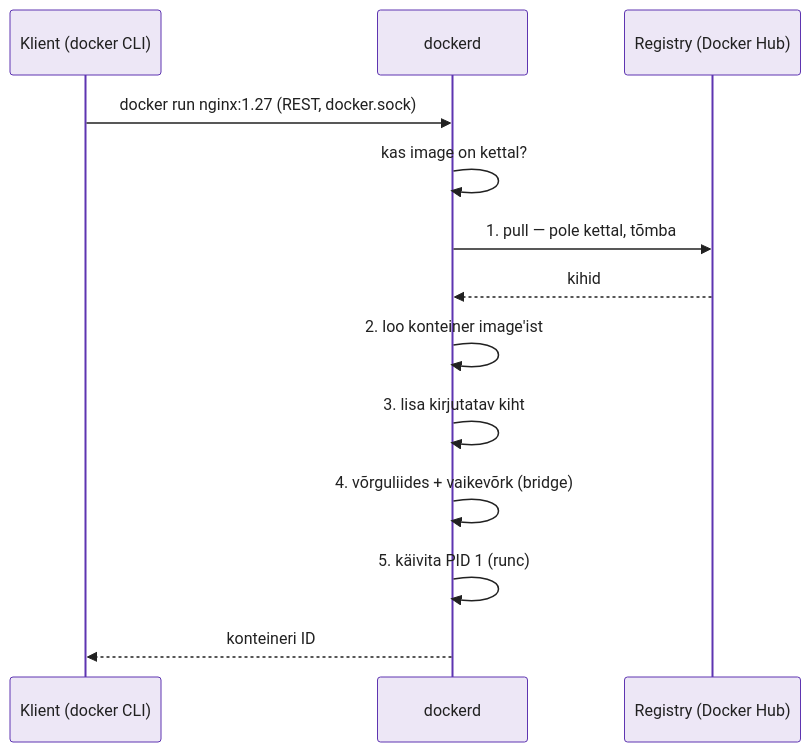
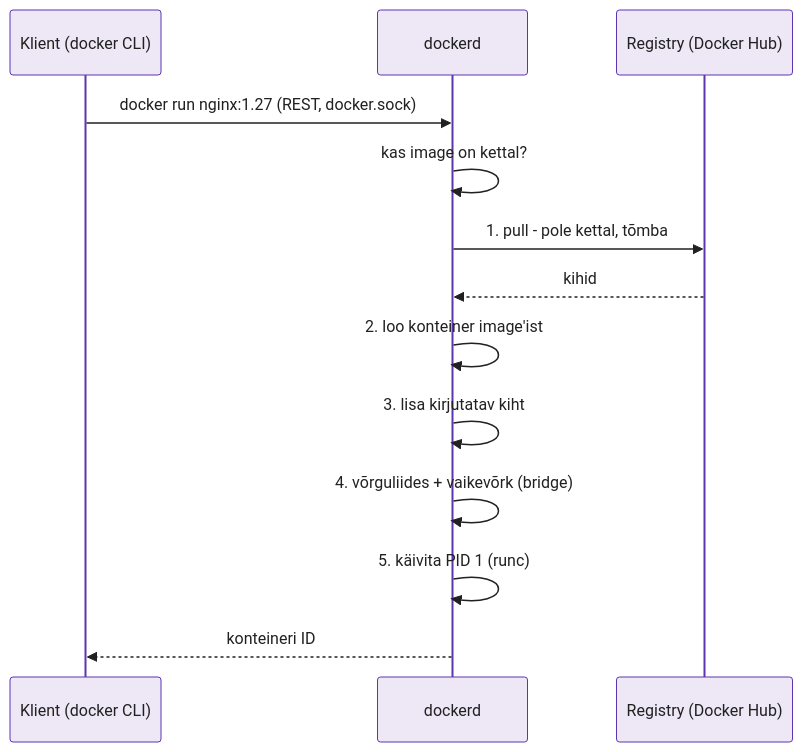
Before and after one commit to hkhk-automation/devops: the second of 5 diagrams in docs/week05/lecture.md, drawn with Mermaid. The commit also changed other lines of this file and 56 other files, not shown here.

````diff
--- a/docs/week05/lecture.md
+++ b/docs/week05/lecture.md
@@ -133,16 +131,16 @@
 ```mermaid
 %%{init: {'theme':'base','themeVariables':{'primaryColor':'#ede7f6','primaryBorderColor':'#5e35b1','primaryTextColor':'#212121','lineColor':'#7e57c2'}}}%%
 sequenceDiagram
     participant K as Klient (docker CLI)
     participant D as dockerd
     participant R as Registry (Docker Hub)
     K->>D: docker run nginx:1.27 (REST, docker.sock)
     D->>D: kas image on kettal?
-    D->>R: 1. pull — pole kettal, tõmba
+    D->>R: 1. pull - pole kettal, tõmba
     R-->>D: kihid
     D->>D: 2. loo konteiner image'ist
     D->>D: 3. lisa kirjutatav kiht
     D->>D: 4. võrguliides + vaikevõrk (bridge)
     D->>D: 5. käivita PID 1 (runc)
     D-->>K: konteineri ID
 ```
````
